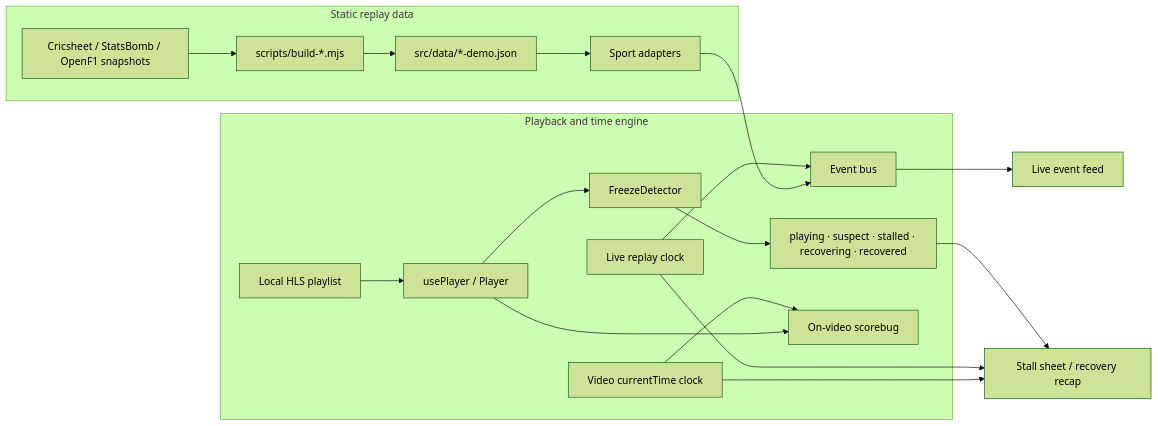
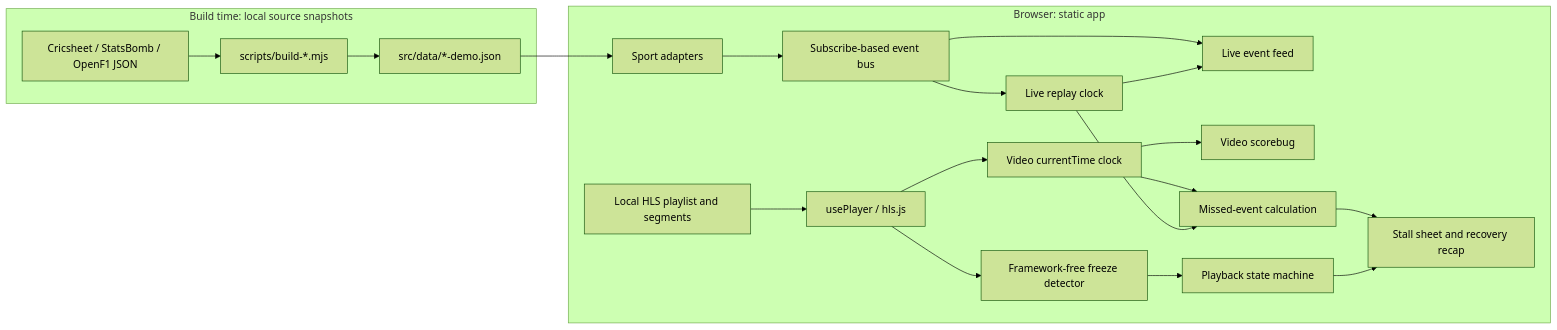
Before and after one commit to cax6505/KeepAlive: the diagram in README.md, drawn with Mermaid (forest theme). The commit also changed other lines of this file, not shown here.

````diff
--- a/README.md
+++ b/README.md
@@ -14,23 +72,23 @@
 ```mermaid
 flowchart LR
-  subgraph Data[Static replay data]
-    Raw[Cricsheet / StatsBomb / OpenF1 snapshots] --> Builders[scripts/build-*.mjs]
-    Builders --> JSON[src/data/*-demo.json]
-    JSON --> Adapter[Sport adapters]
+  subgraph BuildTime[Build time: local source snapshots]
+    Raw[Cricsheet / StatsBomb / OpenF1 JSON] --> Builders[scripts/build-*.mjs]
+    Builders --> Data[src/data/*-demo.json]
   end
-
-  subgraph Engine[Playback and time engine]
-    HLS[Local HLS playlist] --> Player[usePlayer / Player]
-    Player --> Detector[FreezeDetector]
-    Detector --> State[playing · suspect · stalled · recovering · recovered]
-    Live[Live replay clock] --> Bus[Event bus]
-    Video[Video currentTime clock] --> Score[On-video scorebug]
+  subgraph Browser[Browser: static app]
+    Data --> Adapters[Sport adapters]
+    Adapters --> Bus[Subscribe-based event bus]
+    Bus --> Feed[Live event feed]
+    Bus --> Clock[Live replay clock]
+    HLS[Local HLS playlist and segments] --> Hook[usePlayer / hls.js]
+    Hook --> VideoClock[Video currentTime clock]
+    Hook --> Detector[Framework-free freeze detector]
+    VideoClock --> Scorebug[Video scorebug]
+    VideoClock --> Delta[Missed-event calculation]
+    Clock --> Delta
+    Clock --> Feed
+    Detector --> State[Playback state machine]
+    Delta --> Recap[Stall sheet and recovery recap]
+    State --> Recap
   end
-
-  Adapter --> Bus
-  Bus --> Feed[Live event feed]
-  State --> Experience[Stall sheet / recovery recap]
-  Live --> Experience
-  Video --> Experience
-  Player --> Score
 ```
````
